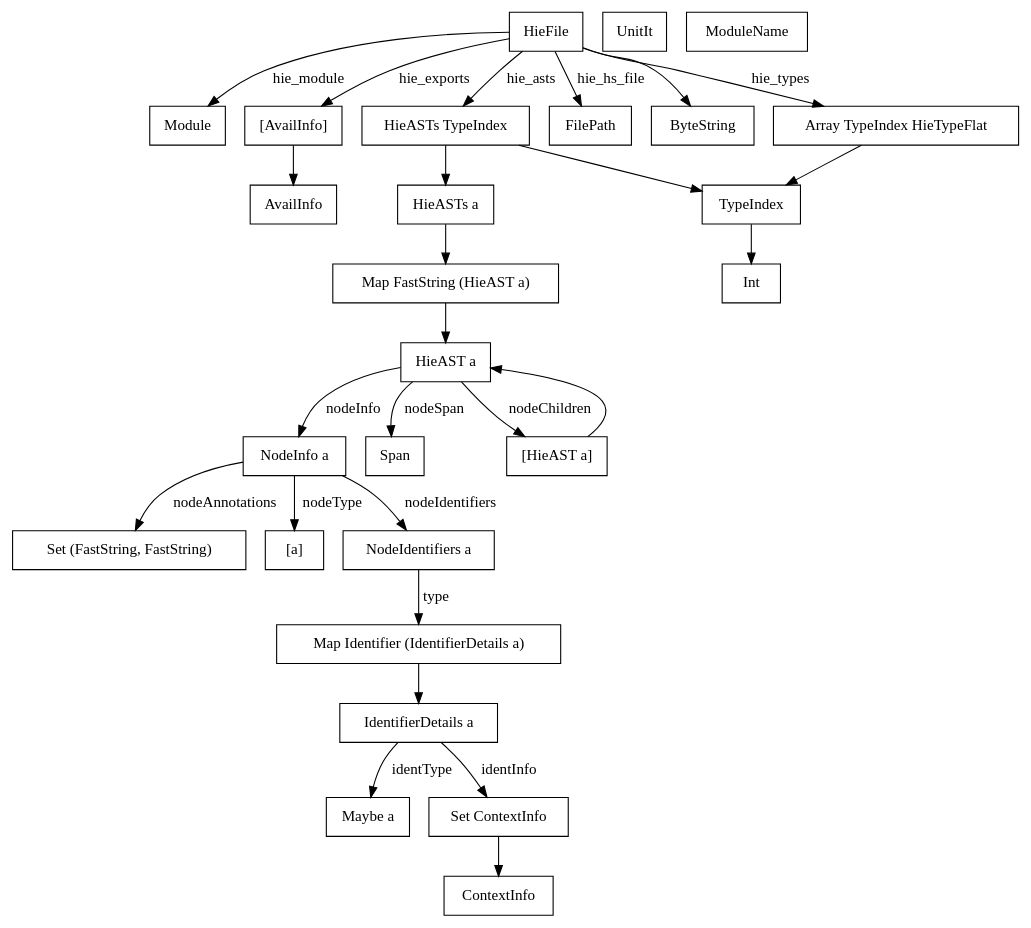
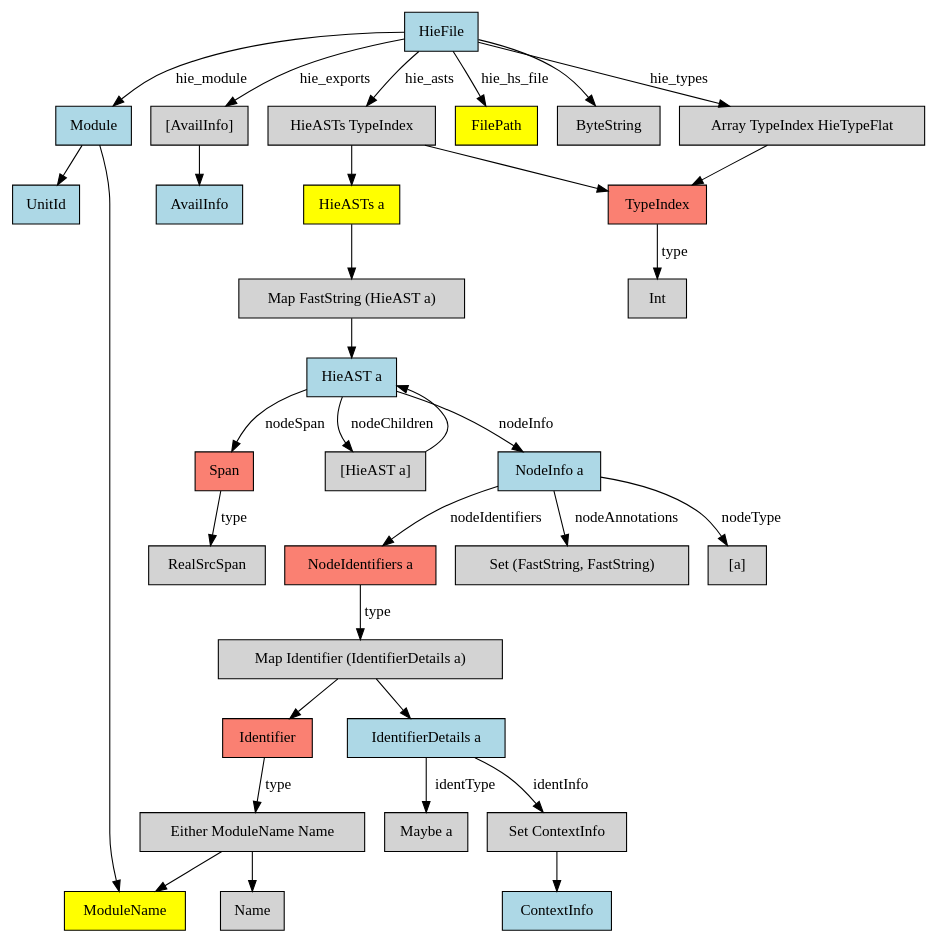
The diagram in doc/HieFile.dot (jhrcek/hie-readr), drawn with Graphviz before and after one commit. The commit also changed 1 other file, not shown here.

Commit message:
Dump more fine grained Identifier/IdentifierDetails info

```diff
--- a/doc/HieFile.dot
+++ b/doc/HieFile.dot
@@ -1,57 +1,71 @@
 digraph HieFile {
-node [shape=rect]
-1 [label="HieFile"]
-2 [label="Module"]
-3 [label="UnitIt"]
-4 [label="ModuleName"]
+node [shape=rect,style=filled]
+/* data = lightblue
+   newtype = yellow
+   type = salmon
+*/
+1 [label="HieFile",fillcolor=lightblue]
+2 [label="Module",fillcolor=lightblue]
+3 [label="UnitId",fillcolor=lightblue]
+4 [label="ModuleName",fillcolor=yellow]
 5 [label="[AvailInfo]"]
-6 [label="AvailInfo"]
+6 [label="AvailInfo",fillcolor=lightblue]
 7 [label="HieASTs TypeIndex"]
-8 [label="FilePath"]
+8 [label="FilePath",fillcolor=yellow]
 9 [label="ByteString"]
 10 [label="Array TypeIndex HieTypeFlat"]
-11 [label="TypeIndex"]
+11 [label="TypeIndex",fillcolor=salmon]
 12 [label="Int"]
-13 [label="HieASTs a"]
+13 [label="HieASTs a",fillcolor=yellow]
 14 [label="Map FastString (HieAST a)"]
-15 [label="HieAST a"]
-16 [label="NodeInfo a"]
-17 [label="Span"]
+15 [label="HieAST a",fillcolor=lightblue]
+16 [label="NodeInfo a",fillcolor=lightblue]
+17 [label="Span",fillcolor=salmon]
 18 [label="[HieAST a]"]
 19 [label="Set (FastString, FastString)"]
 20 [label="[a]"]
-21 [label="NodeIdentifiers a"]
+21 [label="NodeIdentifiers a",fillcolor=salmon]
 22 [label="Map Identifier (IdentifierDetails a)"]
-23 [label="IdentifierDetails a"]
+23 [label="IdentifierDetails a",fillcolor=lightblue]
 24 [label="Maybe a"]
 25 [label="Set ContextInfo"]
-26 [label="ContextInfo"]
-1->8 [label="hie_hs_file"]
-1->2 [label="hie_module"]
-1->10 [label="hie_types"]
-1->7 [label="hie_asts"]
-1->5 [label="hie_exports"]
-1->9 [label=""]
+26 [label="ContextInfo",fillcolor=lightblue]
+27 [label="Identifier",fillcolor=salmon]
+28 [label="Either ModuleName Name"]
+29 [label="Name"]
+30 [label="RealSrcSpan"]
+
+1 -> 8 [label="hie_hs_file"]
+1 -> 2 [label="hie_module"]
+1 -> 10 [label="hie_types"]
+1 -> 7 [label="hie_asts"]
+1 -> 5 [label="hie_exports"]
+1 -> 9 [label=""]
+2 -> 3
+2 -> 4
+22 -> 27
+27 -> 28 [label="type"]
+28 -> 4
+28 -> 29
 10 -> 11 [label=""]
-11 -> 12 [label=""]
+11 -> 12 [label="type"]
 7 -> 11 [label=""]
 5 -> 6 [label=""]
 7 -> 13 [label=""]
 13 -> 14 [label=""]
 14 -> 15 [label=""]
 15 -> 16 [label="nodeInfo"]
 15 -> 17 [label="nodeSpan"]
 15 -> 18 [label="nodeChildren"]
+17 -> 30 [label="type"]
 18 -> 15  [label=""]
 16 -> 19 [label="nodeAnnotations"]
 16 -> 20 [label="nodeType"]
 16 -> 21 [label="nodeIdentifiers"]
 21 -> 22 [label="type"]
 22 -> 23 [label=""]
 23 -> 24  [label="identType"]
 23 -> 25 [label="identInfo"]
 25 -> 26 [label=""]
 
-
-
 }
```
